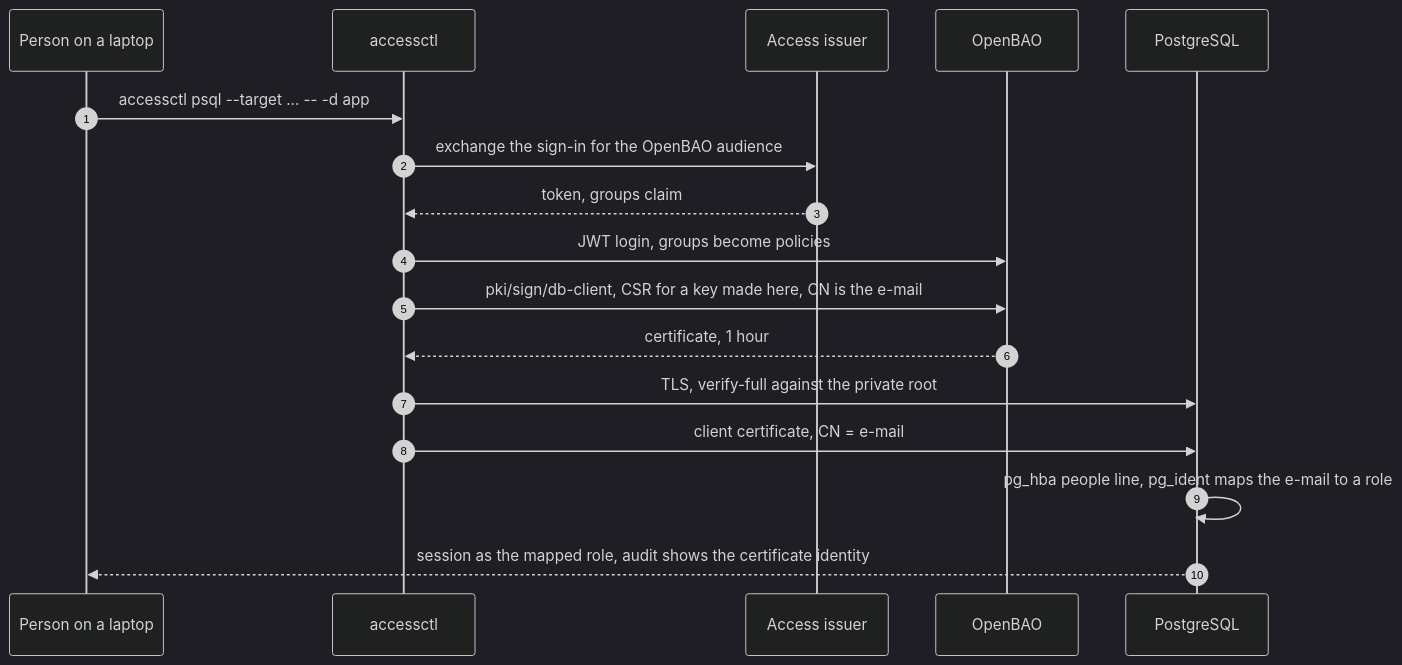
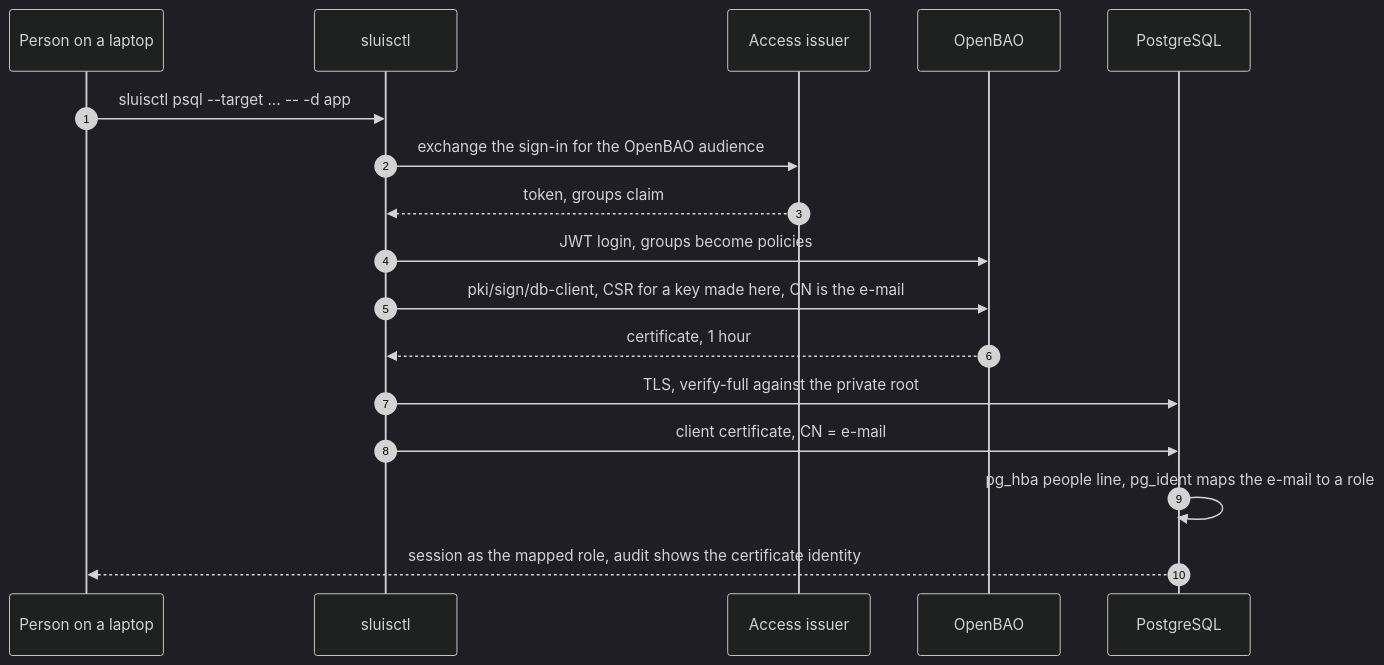
The second of 2 diagrams in docs/trust/databases.md (truvity/openbao), drawn with Mermaid (dark theme) before and after one commit. The commit also changed other lines of this file and 14 other files, not shown here.

First line of the commit message:
chore: call sluisctl instead of the deprecated accessctl

````diff
--- a/docs/trust/databases.md
+++ b/docs/trust/databases.md
@@ -211,20 +211,20 @@
 ```mermaid
 sequenceDiagram
   autonumber
   participant P as Person on a laptop
-  participant A as accessctl
+  participant A as sluisctl
   participant I as Access issuer
   participant O as OpenBAO
   participant D as PostgreSQL
 
-  P->>A: accessctl psql --target ... -- -d app
+  P->>A: sluisctl psql --target ... -- -d app
   A->>I: exchange the sign-in for the OpenBAO audience
   I-->>A: token, groups claim
   A->>O: JWT login, groups become policies
   A->>O: pki/sign/db-client, CSR for a key made here, CN is the e-mail
   O-->>A: certificate, 1 hour
   A->>D: TLS, verify-full against the private root
   A->>D: client certificate, CN = e-mail
   D->>D: pg_hba people line, pg_ident maps the e-mail to a role
   D-->>P: session as the mapped role, audit shows the certificate identity
 ```
````
